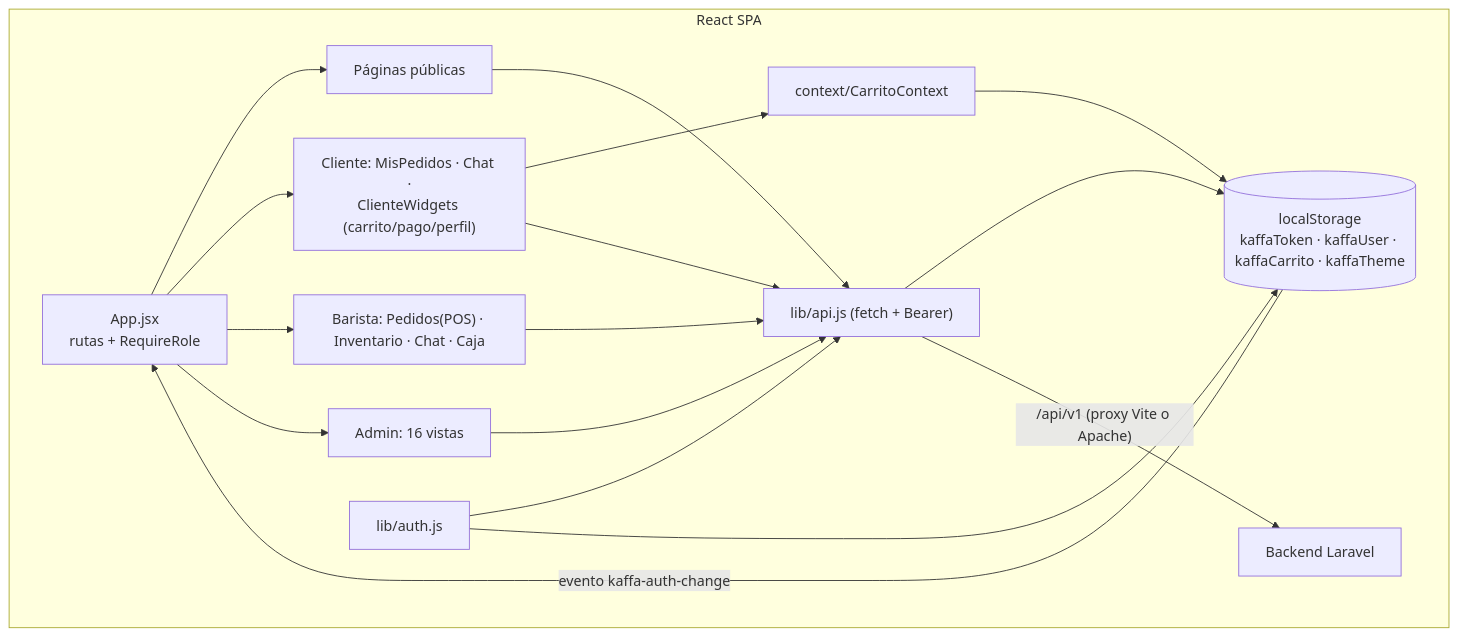
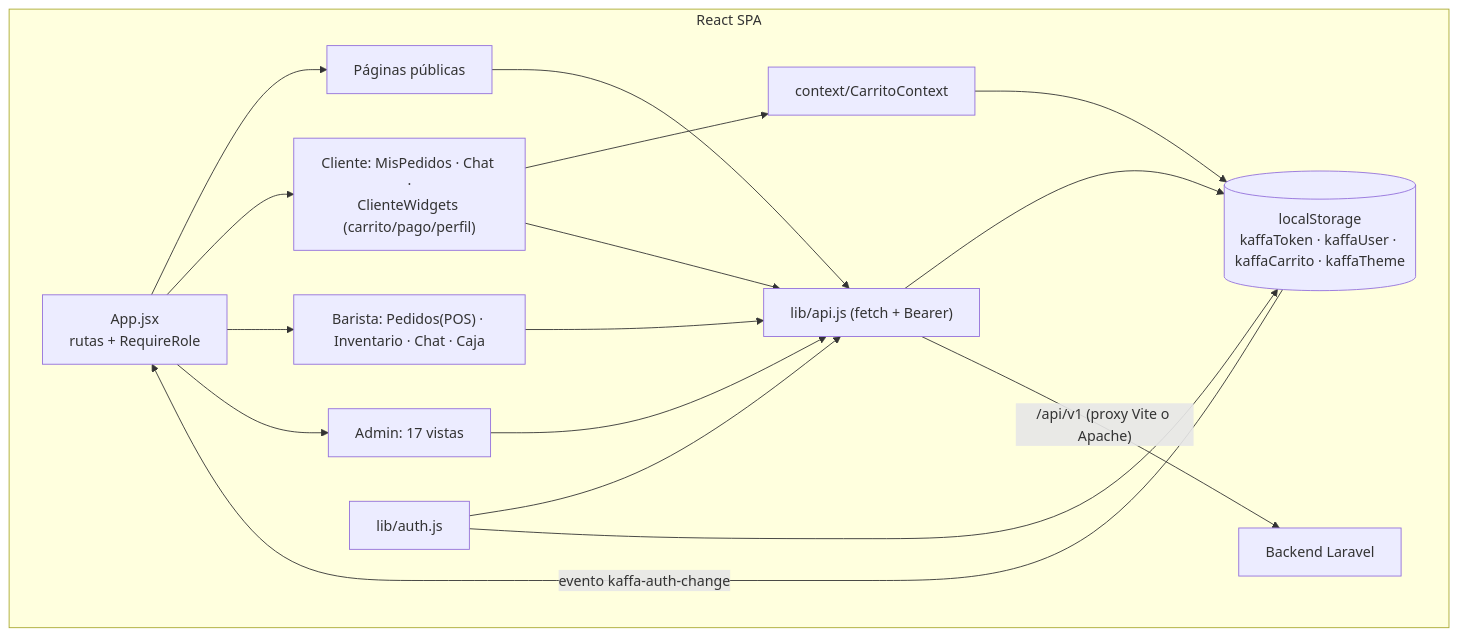
Before and after one commit to jjsch2008/Documentacion_Kaffa: the first of 2 diagrams in 11-frontend.md, drawn with Mermaid. The commit also changed other lines of this file and 14 other files, not shown here.

````diff
--- a/11-frontend.md
+++ b/11-frontend.md
@@ -56,24 +56,24 @@
 ```mermaid
 flowchart TD
     subgraph SPA["React SPA"]
         RT["App.jsx<br/>rutas + RequireRole"] --> PUB["Páginas públicas"]
         RT --> CLI["Cliente: MisPedidos · Chat ·<br/>ClienteWidgets (carrito/pago/perfil)"]
         RT --> BAR["Barista: Pedidos(POS) · Inventario · Chat · Caja"]
-        RT --> ADM["Admin: 16 vistas"]
+        RT --> ADM["Admin: 17 vistas"]
         API["lib/api.js (fetch + Bearer)"]
         AUTH["lib/auth.js"]
         CTX["context/CarritoContext"]
         LS[("localStorage<br/>kaffaToken · kaffaUser · kaffaCarrito · kaffaTheme")]
         CLI --> CTX
         CTX --> LS
         BAR --> API
         ADM --> API
         CLI --> API
         PUB --> API
         API --> LS
         AUTH --> API
         AUTH --> LS
         API -->|"/api/v1 (proxy Vite o Apache)"| BE["Backend Laravel"]
         LS -->|"evento kaffa-auth-change"| RT
     end
 ```
````
